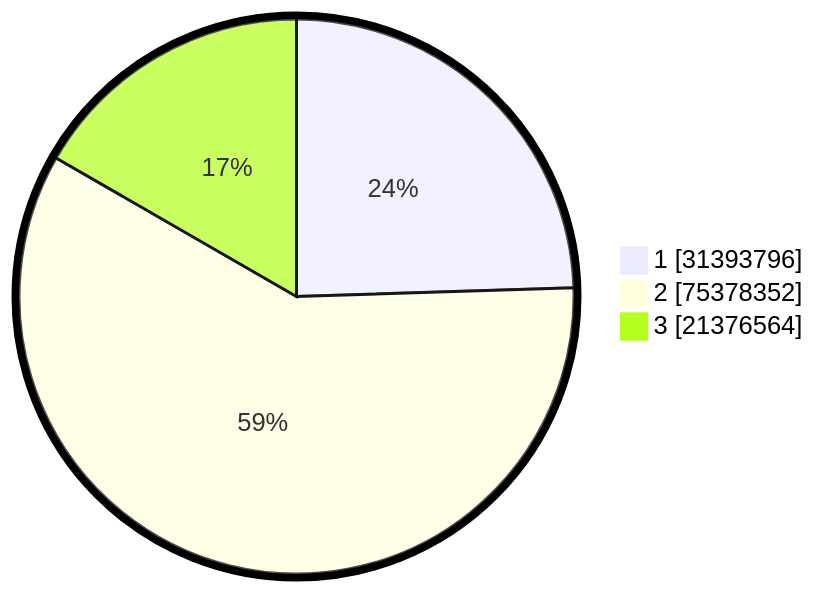
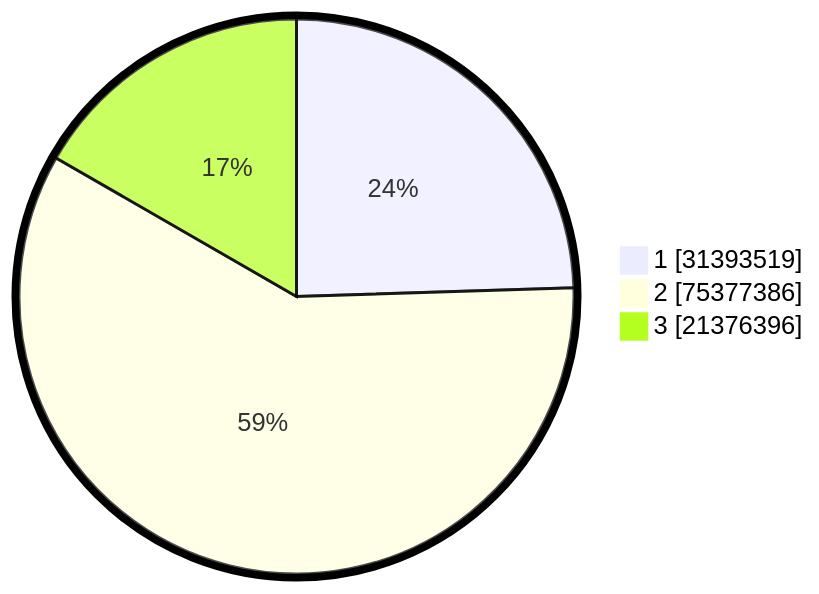
One commit to gigit-pemilu/pemilu-2024 changed the second of 2 diagrams in pilpres/hitung-suara/README.md. Above: the diagram before and after it, drawn with Mermaid. The commit also changed other lines of this file and 8 other files, not shown here.

````diff
--- a/pilpres/hitung-suara/README.md
+++ b/pilpres/hitung-suara/README.md
@@ -93,7 +93,7 @@
 ```mermaid
 %%{init: {"pie": {"textPosition": 0.5}, "themeVariables": {"pieOuterStrokeWidth": "5px"}} }%%
 pie showData
-    "1" : 31393796
-    "2" : 75378352
-    "3" : 21376564
+    "1" : 31393519
+    "2" : 75377386
+    "3" : 21376396
 ```
````
